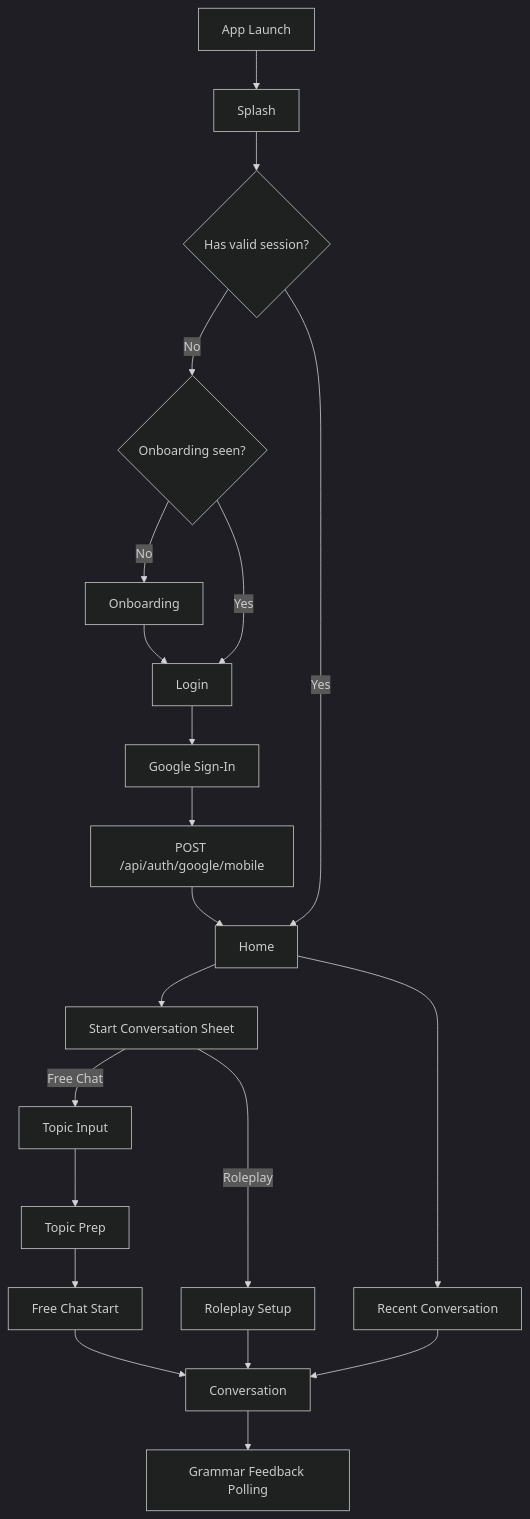
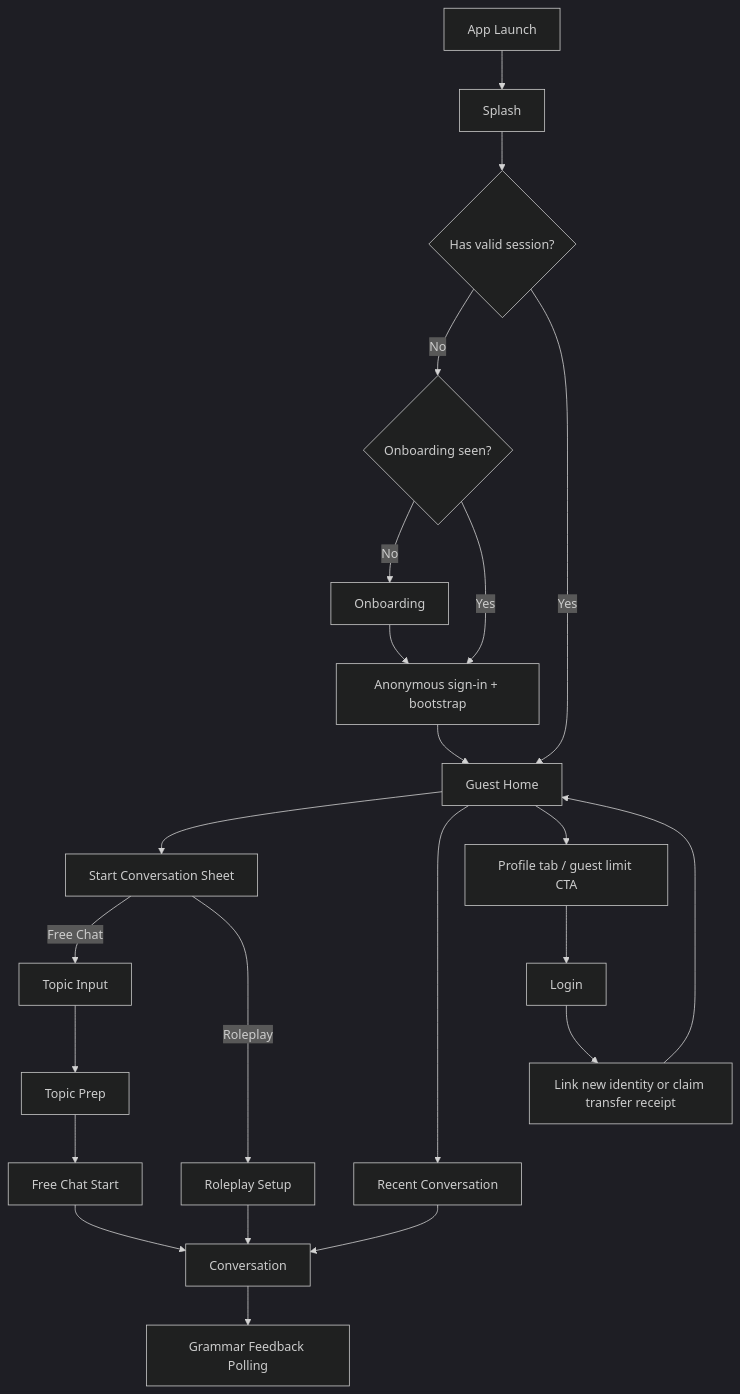
Before and after one commit to Hyun-Jun-Lee/MoreThanHuman: the diagram in docs/mobile-flow-spec.md, drawn with Mermaid (dark theme). The commit also changed other lines of this file and 93 other files, not shown here.

First line of the commit message:
feat: add guest chat and account transfer

````diff
--- a/docs/mobile-flow-spec.md
+++ b/docs/mobile-flow-spec.md
@@ -40,23 +41,25 @@
 ```mermaid
 flowchart TD
   A["App Launch"] --> B["Splash"]
   B --> C{"Has valid session?"}
   C -->|No| D{"Onboarding seen?"}
   D -->|No| E["Onboarding"]
-  E --> F["Login"]
+  E --> F["Anonymous sign-in + bootstrap"]
   D -->|Yes| F
-  F --> G["Google Sign-In"]
-  G --> H["POST /api/auth/google/mobile"]
-  H --> I["Home"]
+  F --> I["Guest Home"]
   C -->|Yes| I
   I --> J["Start Conversation Sheet"]
   J -->|Free Chat| K["Topic Input"]
   K --> L["Topic Prep"]
   L --> M["Free Chat Start"]
   M --> N["Conversation"]
   J -->|Roleplay| O["Roleplay Setup"]
   O --> N
   I --> Q["Recent Conversation"]
   Q --> N
   N --> R["Grammar Feedback Polling"]
+  I --> S["Profile tab / guest limit CTA"]
+  S --> T["Login"]
+  T --> U["Link new identity or claim transfer receipt"]
+  U --> I
 ```
````
